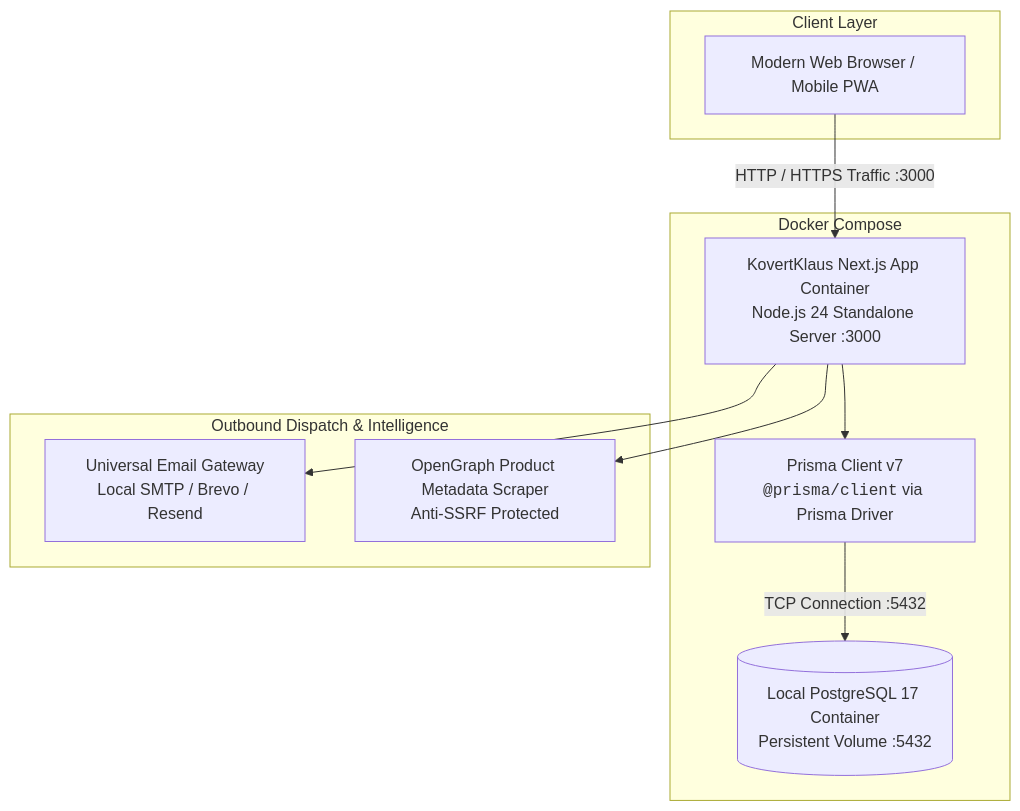
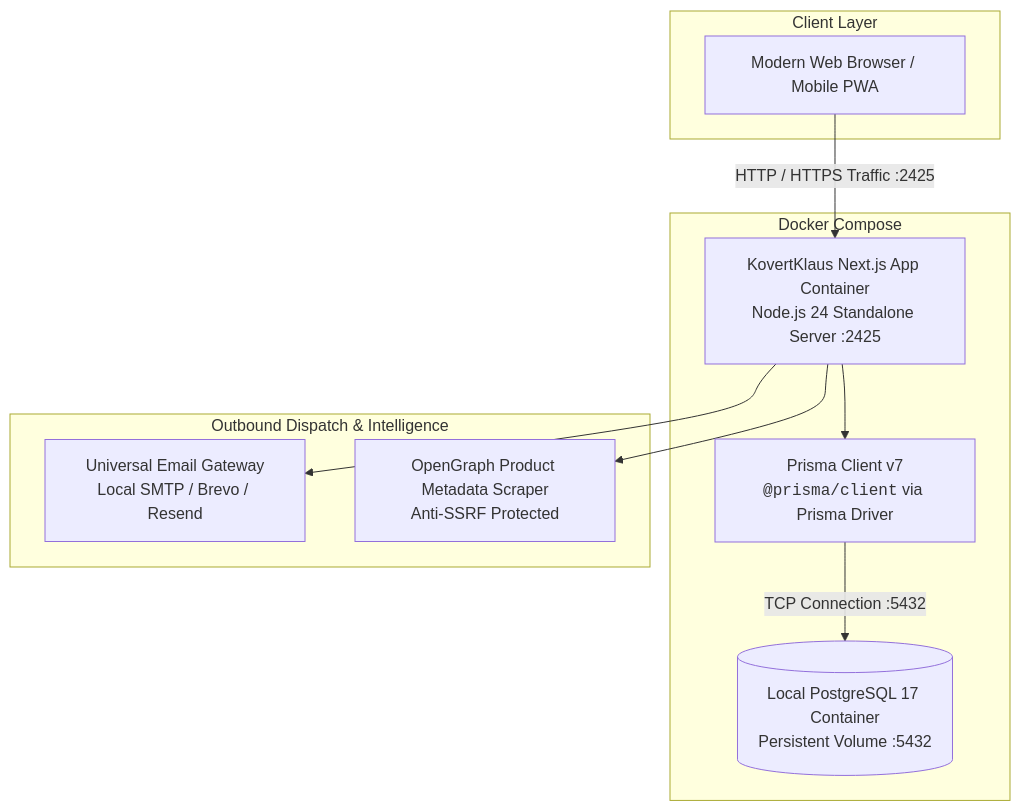
Before and after one commit to MrJSimpson/KovertKlaus: the first of 3 diagrams in docs/ARCHITECTURE.md, drawn with Mermaid. The commit also changed other lines of this file and 13 other files, not shown here.

First line of the commit message:
chore(local): self-hosted KovertKlaus runs on port 2425

````diff
--- a/docs/ARCHITECTURE.md
+++ b/docs/ARCHITECTURE.md
@@ -13,23 +13,23 @@
 ```mermaid
 flowchart TD
     subgraph Client Layer
         Browser[Modern Web Browser / Mobile PWA]
     end
 
     subgraph Self-Hosted Container Stack [Docker Compose]
-        App_Container[KovertKlaus Next.js App Container<br/>Node.js 24 Standalone Server :3000]
+        App_Container[KovertKlaus Next.js App Container<br/>Node.js 24 Standalone Server :2425]
         DB_Container[(Local PostgreSQL 17 Container<br/>Persistent Volume :5432)]
         Prisma_ORM[Prisma Client v7<br/><code>@prisma/client</code> via Prisma Driver]
     end
 
     subgraph Outbound Dispatch & Intelligence
         Email_Gateway[Universal Email Gateway<br/>Local SMTP / Brevo / Resend]
         Scraper_Engine[OpenGraph Product Metadata Scraper<br/>Anti-SSRF Protected]
     end
 
-    Browser -->|HTTP / HTTPS Traffic :3000| App_Container
+    Browser -->|HTTP / HTTPS Traffic :2425| App_Container
     App_Container --> Prisma_ORM
     Prisma_ORM -->|TCP Connection :5432| DB_Container
     App_Container --> Email_Gateway
     App_Container --> Scraper_Engine
 ```
````
